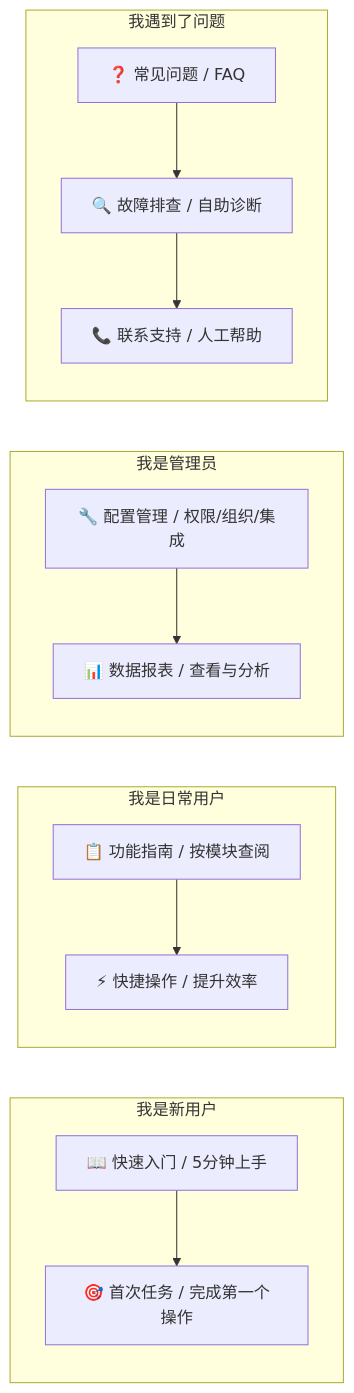
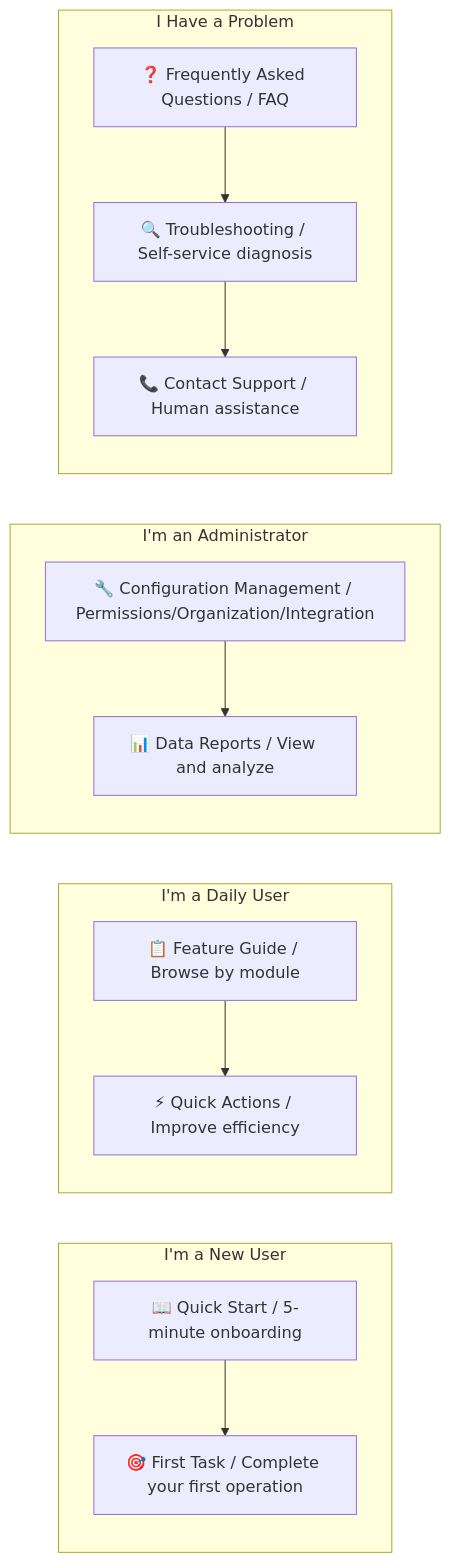
Before and after one commit to Kirky-X/cangjie: the first of 7 diagrams in templates/产品/运营层/【模板】用户手册.md, drawn with Mermaid. The commit also changed other lines of this file and 60 other files, not shown here.

````diff
--- a/templates/产品/运营层/【模板】用户手册.md
+++ b/templates/产品/运营层/【模板】用户手册.md
@@ -52,28 +52,28 @@
 ```mermaid
 flowchart LR
-    subgraph 我是新用户
-        A1[📖 快速入门 / 5分钟上手]
-        A2[🎯 首次任务 / 完成第一个操作]
+    subgraph I'm a New User
+        A1[📖 Quick Start / 5-minute onboarding]
+        A2[🎯 First Task / Complete your first operation]
     end
 
-    subgraph 我是日常用户
-        B1[📋 功能指南 / 按模块查阅]
-        B2[⚡ 快捷操作 / 提升效率]
+    subgraph I'm a Daily User
+        B1[📋 Feature Guide / Browse by module]
+        B2[⚡ Quick Actions / Improve efficiency]
     end
 
-    subgraph 我是管理员
-        C1[🔧 配置管理 / 权限/组织/集成]
-        C2[📊 数据报表 / 查看与分析]
+    subgraph I'm an Administrator
+        C1[🔧 Configuration Management / Permissions/Organization/Integration]
+        C2[📊 Data Reports / View and analyze]
     end
 
-    subgraph 我遇到了问题
-        D1[❓ 常见问题 / FAQ]
-        D2[🔍 故障排查 / 自助诊断]
-        D3[📞 联系支持 / 人工帮助]
+    subgraph I Have a Problem
+        D1[❓ Frequently Asked Questions / FAQ]
+        D2[🔍 Troubleshooting / Self-service diagnosis]
+        D3[📞 Contact Support / Human assistance]
     end
 
     A1 --> A2
     B1 --> B2
     C1 --> C2
     D1 --> D2 --> D3
 ```
````
